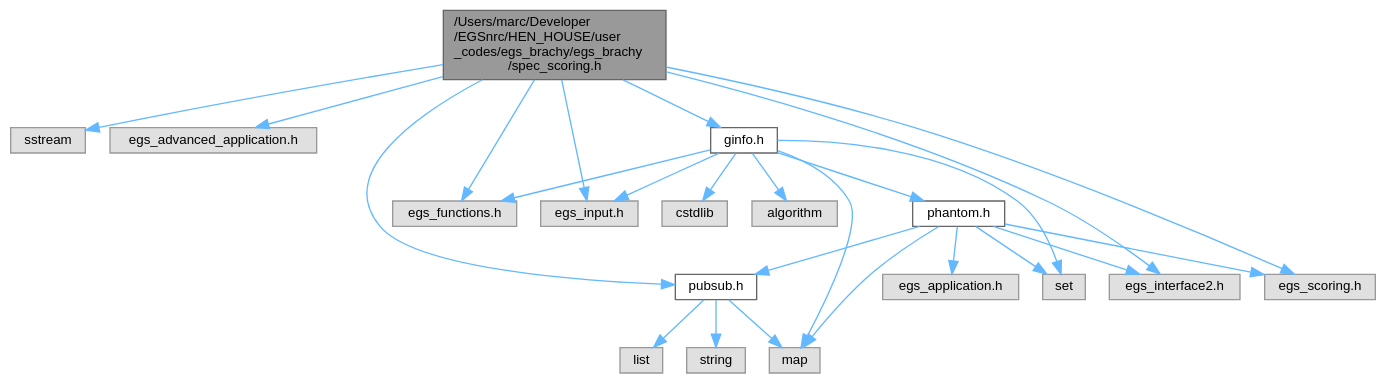
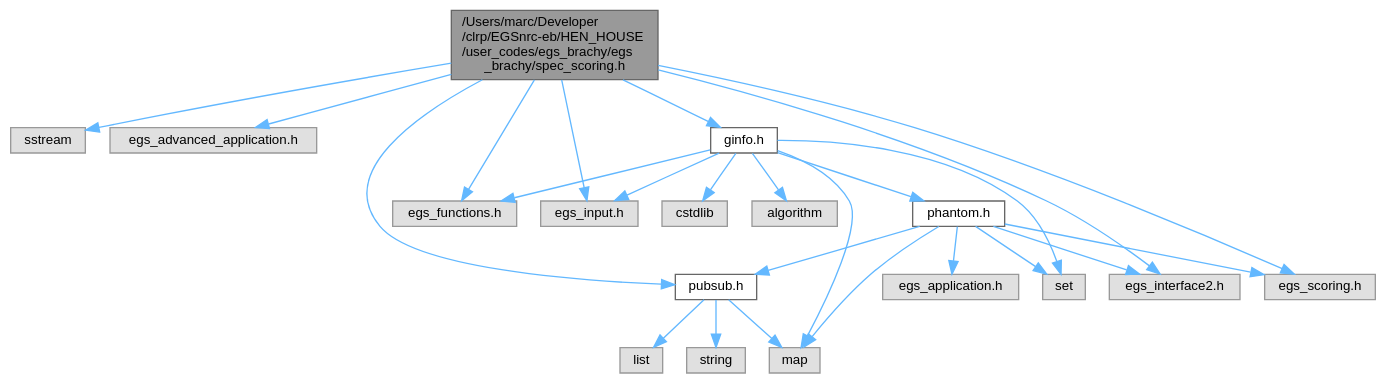
Before and after one commit to clrp-code/egs_brachy: the diagram in docs/spec__scoring_8h__incl.dot, drawn with Graphviz. The commit also changed 1055 other files, not shown here.

```diff
--- a/docs/spec__scoring_8h__incl.dot
+++ b/docs/spec__scoring_8h__incl.dot
@@ -1,48 +1,48 @@
-digraph "/Users/marc/Developer/EGSnrc/HEN_HOUSE/user_codes/egs_brachy/egs_brachy/spec_scoring.h"
+digraph "/Users/marc/Developer/clrp/EGSnrc-eb/HEN_HOUSE/user_codes/egs_brachy/egs_brachy/spec_scoring.h"
 {
  // LATEX_PDF_SIZE
   bgcolor="transparent";
   edge [fontname=Helvetica,fontsize=10,labelfontname=Helvetica,labelfontsize=10];
   node [fontname=Helvetica,fontsize=10,shape=box,height=0.2,width=0.4];
-  Node1 [id="Node000001",label="/Users/marc/Developer\l/EGSnrc/HEN_HOUSE/user\l_codes/egs_brachy/egs_brachy\l/spec_scoring.h",height=0.2,width=0.4,color="gray40", fillcolor="grey60", style="filled", fontcolor="black",tooltip="Definition of spectrum scoring classes."];
+  Node1 [id="Node000001",label="/Users/marc/Developer\l/clrp/EGSnrc-eb/HEN_HOUSE\l/user_codes/egs_brachy/egs\l_brachy/spec_scoring.h",height=0.2,width=0.4,color="gray40", fillcolor="grey60", style="filled", fontcolor="black",tooltip="Definition of spectrum scoring classes."];
   Node1 -> Node2 [id="edge1_Node000001_Node000002",color="steelblue1",style="solid",tooltip=" "];
   Node2 [id="Node000002",label="sstream",height=0.2,width=0.4,color="grey60", fillcolor="#E0E0E0", style="filled",tooltip=" "];
   Node1 -> Node3 [id="edge2_Node000001_Node000003",color="steelblue1",style="solid",tooltip=" "];
   Node3 [id="Node000003",label="egs_advanced_application.h",height=0.2,width=0.4,color="grey60", fillcolor="#E0E0E0", style="filled",tooltip=" "];
   Node1 -> Node4 [id="edge3_Node000001_Node000004",color="steelblue1",style="solid",tooltip=" "];
   Node4 [id="Node000004",label="egs_functions.h",height=0.2,width=0.4,color="grey60", fillcolor="#E0E0E0", style="filled",tooltip=" "];
   Node1 -> Node5 [id="edge4_Node000001_Node000005",color="steelblue1",style="solid",tooltip=" "];
   Node5 [id="Node000005",label="egs_input.h",height=0.2,width=0.4,color="grey60", fillcolor="#E0E0E0", style="filled",tooltip=" "];
   Node1 -> Node6 [id="edge5_Node000001_Node000006",color="steelblue1",style="solid",tooltip=" "];
   Node6 [id="Node000006",label="egs_interface2.h",height=0.2,width=0.4,color="grey60", fillcolor="#E0E0E0", style="filled",tooltip=" "];
   Node1 -> Node7 [id="edge6_Node000001_Node000007",color="steelblue1",style="solid",tooltip=" "];
   Node7 [id="Node000007",label="egs_scoring.h",height=0.2,width=0.4,color="grey60", fillcolor="#E0E0E0", style="filled",tooltip=" "];
   Node1 -> Node8 [id="edge7_Node000001_Node000008",color="steelblue1",style="solid",tooltip=" "];
   Node8 [id="Node000008",label="ginfo.h",height=0.2,width=0.4,color="grey40", fillcolor="white", style="filled",URL="$ginfo_8h.html",tooltip="ginfo contains classes for organizing information about the geometries present in an egs_brachy simul..."];
   Node8 -> Node9 [id="edge8_Node000008_Node000009",color="steelblue1",style="solid",tooltip=" "];
   Node9 [id="Node000009",label="map",height=0.2,width=0.4,color="grey60", fillcolor="#E0E0E0", style="filled",tooltip=" "];
   Node8 -> Node10 [id="edge9_Node000008_Node000010",color="steelblue1",style="solid",tooltip=" "];
   Node10 [id="Node000010",label="set",height=0.2,width=0.4,color="grey60", fillcolor="#E0E0E0", style="filled",tooltip=" "];
   Node8 -> Node11 [id="edge10_Node000008_Node000011",color="steelblue1",style="solid",tooltip=" "];
   Node11 [id="Node000011",label="cstdlib",height=0.2,width=0.4,color="grey60", fillcolor="#E0E0E0", style="filled",tooltip=" "];
   Node8 -> Node12 [id="edge11_Node000008_Node000012",color="steelblue1",style="solid",tooltip=" "];
   Node12 [id="Node000012",label="algorithm",height=0.2,width=0.4,color="grey60", fillcolor="#E0E0E0", style="filled",tooltip=" "];
   Node8 -> Node4 [id="edge12_Node000008_Node000004",color="steelblue1",style="solid",tooltip=" "];
   Node8 -> Node5 [id="edge13_Node000008_Node000005",color="steelblue1",style="solid",tooltip=" "];
   Node8 -> Node13 [id="edge14_Node000008_Node000013",color="steelblue1",style="solid",tooltip=" "];
   Node13 [id="Node000013",label="phantom.h",height=0.2,width=0.4,color="grey40", fillcolor="white", style="filled",URL="$phantom_8h.html",tooltip="Header file for phantom objects."];
   Node13 -> Node9 [id="edge15_Node000013_Node000009",color="steelblue1",style="solid",tooltip=" "];
   Node13 -> Node10 [id="edge16_Node000013_Node000010",color="steelblue1",style="solid",tooltip=" "];
   Node13 -> Node7 [id="edge17_Node000013_Node000007",color="steelblue1",style="solid",tooltip=" "];
   Node13 -> Node14 [id="edge18_Node000013_Node000014",color="steelblue1",style="solid",tooltip=" "];
   Node14 [id="Node000014",label="egs_application.h",height=0.2,width=0.4,color="grey60", fillcolor="#E0E0E0", style="filled",tooltip=" "];
   Node13 -> Node6 [id="edge19_Node000013_Node000006",color="steelblue1",style="solid",tooltip=" "];
   Node13 -> Node15 [id="edge20_Node000013_Node000015",color="steelblue1",style="solid",tooltip=" "];
   Node15 [id="Node000015",label="pubsub.h",height=0.2,width=0.4,color="grey40", fillcolor="white", style="filled",URL="$pubsub_8h.html",tooltip="A simple pub/sub module to allow various egs_brachy classes to subscribe to particle events."];
   Node15 -> Node16 [id="edge21_Node000015_Node000016",color="steelblue1",style="solid",tooltip=" "];
   Node16 [id="Node000016",label="list",height=0.2,width=0.4,color="grey60", fillcolor="#E0E0E0", style="filled",tooltip=" "];
   Node15 -> Node17 [id="edge22_Node000015_Node000017",color="steelblue1",style="solid",tooltip=" "];
   Node17 [id="Node000017",label="string",height=0.2,width=0.4,color="grey60", fillcolor="#E0E0E0", style="filled",tooltip=" "];
   Node15 -> Node9 [id="edge23_Node000015_Node000009",color="steelblue1",style="solid",tooltip=" "];
   Node1 -> Node15 [id="edge24_Node000001_Node000015",color="steelblue1",style="solid",tooltip=" "];
 }
```
